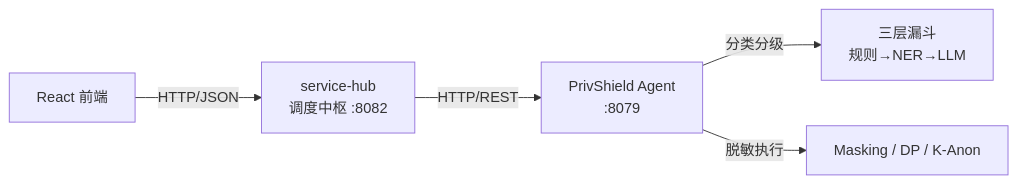
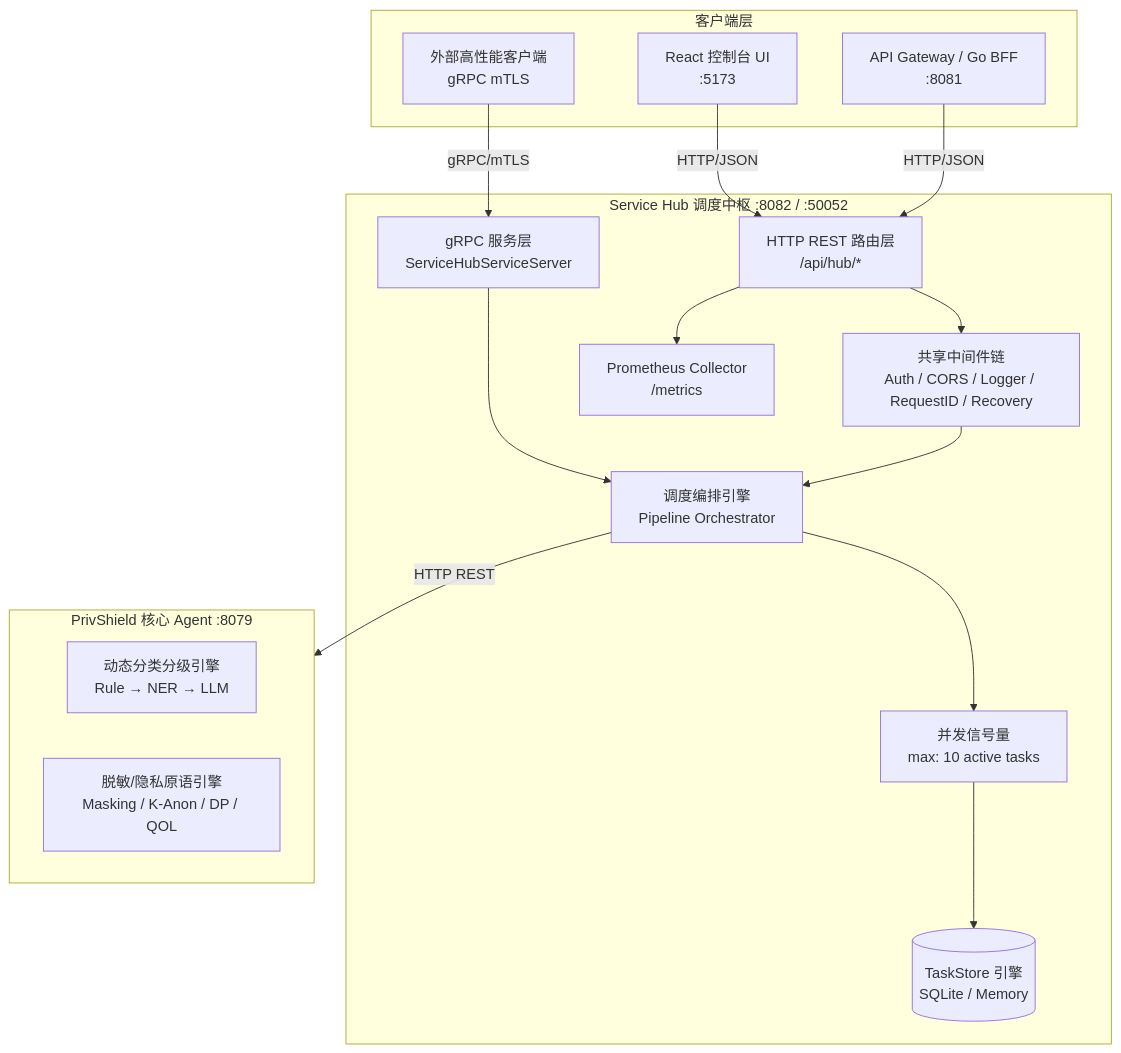
The first of 3 diagrams in console/service-hub/docs/design.md (fengzhizi319/PrivShield), drawn with Mermaid before and after one commit. The commit also changed other lines of this file and 20 other files, not shown here.

````diff
--- a/console/service-hub/docs/design.md
+++ b/console/service-hub/docs/design.md
@@ -14,7 +21,37 @@
 ```mermaid
-graph LR
-    A[React 前端] -->|HTTP/JSON| B[service-hub<br/>调度中枢 :8082]
-    B -->|HTTP/REST| C[PrivShield Agent<br/>:8079]
-    C -->|分类分级| D[三层漏斗<br/>规则→NER→LLM]
-    C -->|脱敏执行| E[Masking / DP / K-Anon]
+graph TD
+    subgraph Clients [客户端层]
+        Web[React 控制台 UI<br/>:5173]
+        Gateway[API Gateway / Go BFF<br/>:8081]
+        ExtRPC[外部高性能客户端<br/>gRPC mTLS]
+    end
+
+    subgraph ServiceHub [Service Hub 调度中枢 :8082 / :50052]
+        HTTPHandler[HTTP REST 路由层<br/>/api/hub/*]
+        GRPCHandler[gRPC 服务层<br/>ServiceHubServiceServer]
+        MiddlewareStack[共享中间件链<br/>Auth / CORS / Logger / RequestID / Recovery]
+        MetricsCol[Prometheus Collector<br/>/metrics]
+        
+        Orchestrator[调度编排引擎<br/>Pipeline Orchestrator]
+        Semaphore[并发信号量<br/>max: 10 active tasks]
+        TaskStore[(TaskStore 引擎<br/>SQLite / Memory)]
+    end
+
+    subgraph UpstreamAgent [PrivShield 核心 Agent :8079]
+        DynClassify[动态分类分级引擎<br/>Rule → NER → LLM]
+        MaskEngine[脱敏/隐私原语引擎<br/>Masking / K-Anon / DP / QOL]
+    end
+
+    Web -->|HTTP/JSON| HTTPHandler
+    Gateway -->|HTTP/JSON| HTTPHandler
+    ExtRPC -->|gRPC/mTLS| GRPCHandler
+
+    HTTPHandler --> MiddlewareStack
+    GRPCHandler --> Orchestrator
+    MiddlewareStack --> Orchestrator
+
+    Orchestrator --> Semaphore
+    Semaphore --> TaskStore
+    Orchestrator -->|HTTP REST| UpstreamAgent
+    HTTPHandler --> MetricsCol
 ```
````
